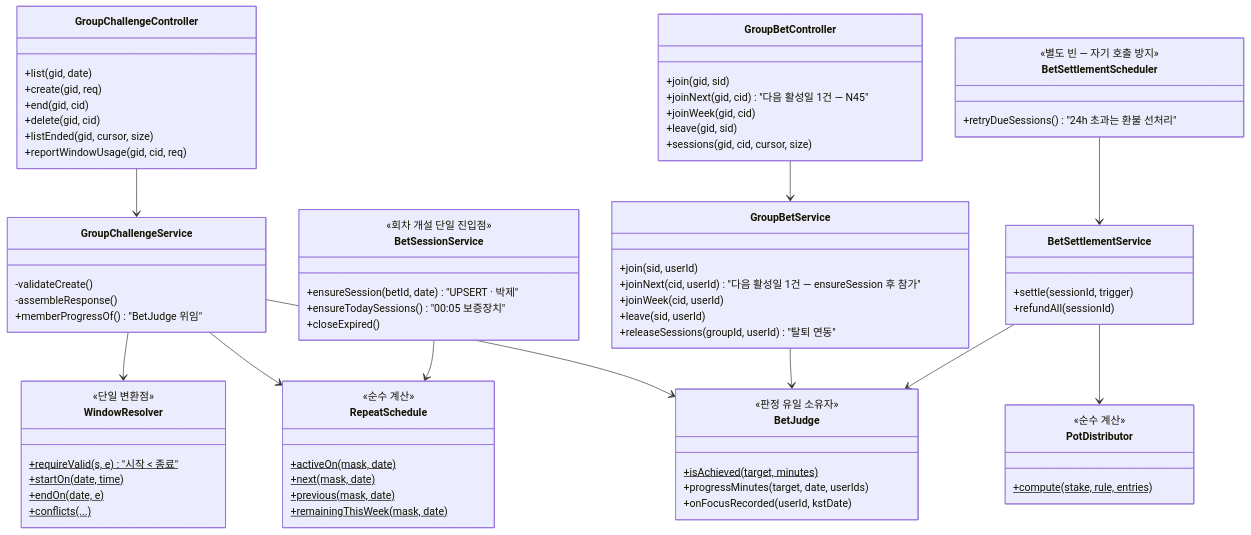
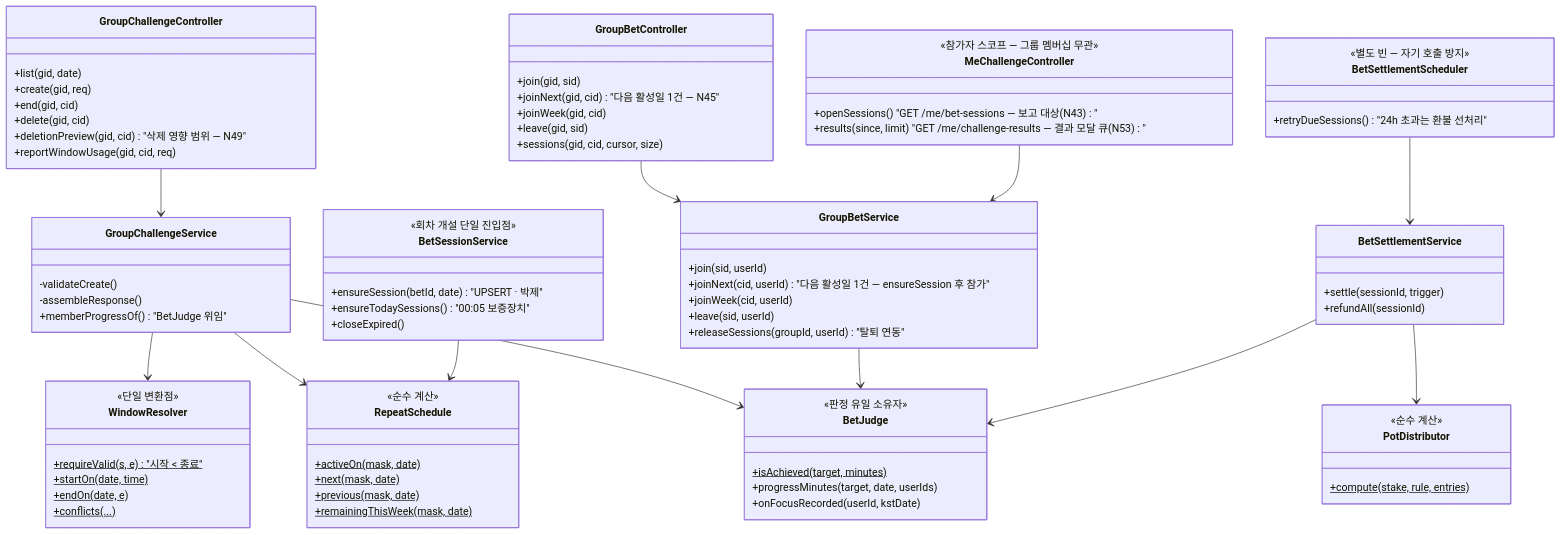
Before and after one commit to OneOrThree/phone: the fifth of 5 diagrams in docs/prd/challenge/low-level-design.md, drawn with Mermaid. The commit also changed other lines of this file and 3 other files, not shown here.

```diff
--- a/docs/prd/challenge/low-level-design.md
+++ b/docs/prd/challenge/low-level-design.md
@@ -1235,7 +1240,7 @@
         +create(gid, req)
         +end(gid, cid)
         +delete(gid, cid)
-        +listEnded(gid, cursor, size)
+        +deletionPreview(gid, cid) "삭제 영향 범위 — N49"
         +reportWindowUsage(gid, cid, req)
     }
     class GroupBetController {
@@ -1244,6 +1249,11 @@
         +joinWeek(gid, cid)
         +leave(gid, sid)
         +sessions(gid, cid, cursor, size)
+    }
+    class MeChallengeController {
+        <<참가자 스코프 — 그룹 멤버십 무관>>
+        +openSessions() "GET /me/bet-sessions — 보고 대상 (N43)"
+        +results(since, limit) "GET /me/challenge-results — 결과 모달 큐 (N53)"
     }
     class GroupChallengeService {
         -validateCreate()
@@ -1298,6 +1308,7 @@
 
     GroupChallengeController --> GroupChallengeService
     GroupBetController --> GroupBetService
+    MeChallengeController --> GroupBetService
     GroupChallengeService --> BetJudge
     GroupChallengeService --> RepeatSchedule
     GroupChallengeService --> WindowResolver
```
